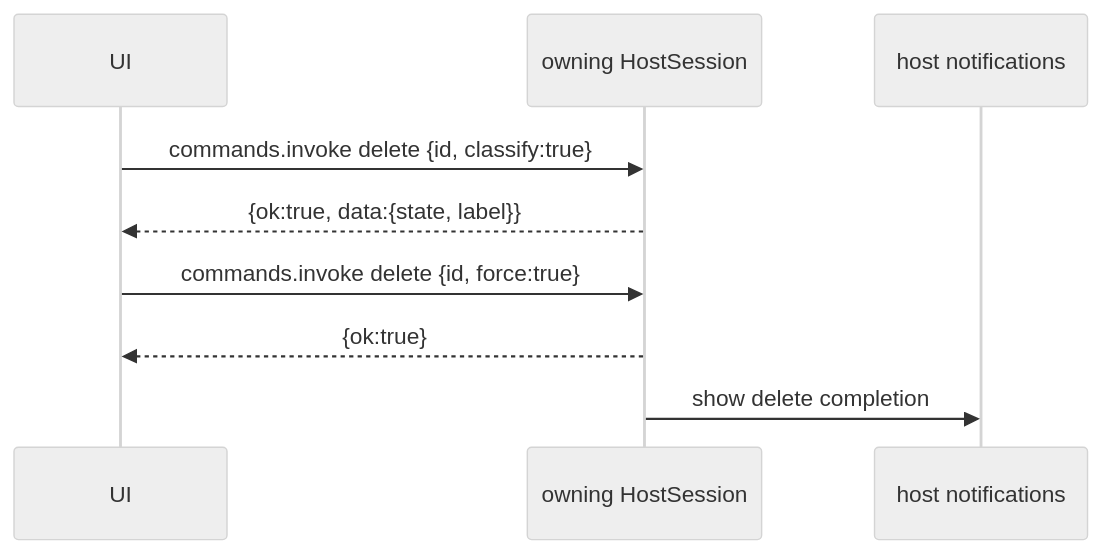
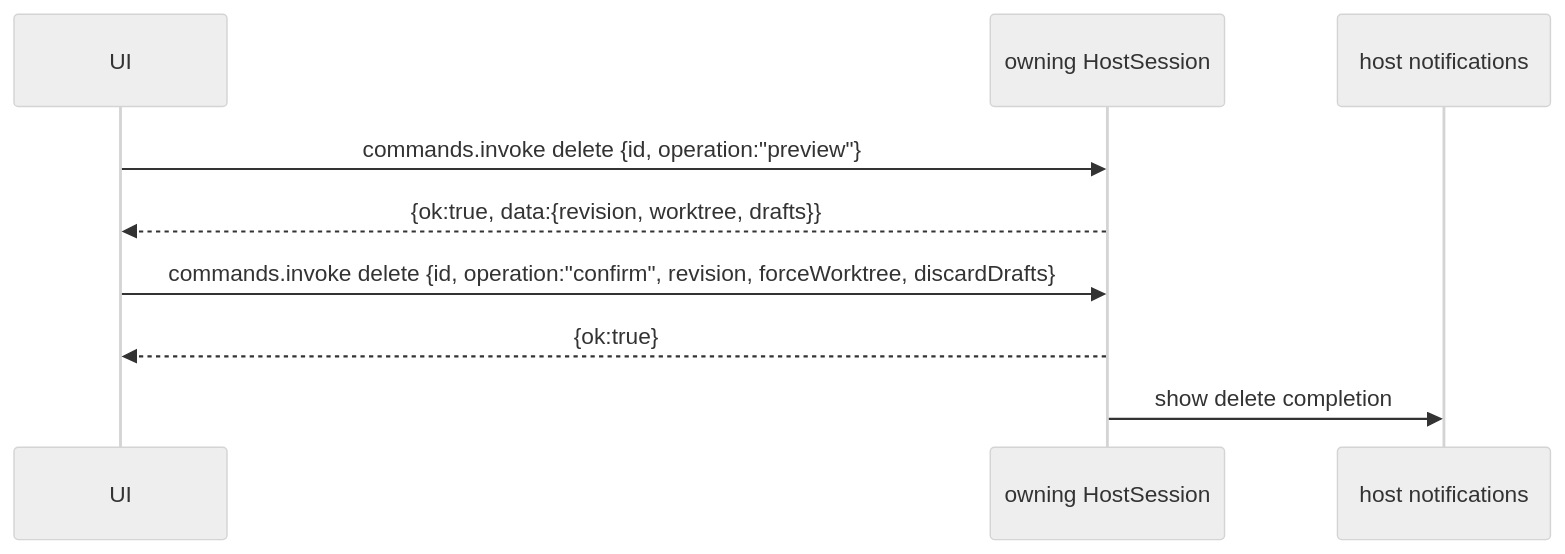
The diagram in docs/specs/command-responses.md (Kapps/weavie), drawn with Mermaid (neutral theme) before and after one commit. The commit also changed 35 other files, not shown here.

````diff
--- a/docs/specs/command-responses.md
+++ b/docs/specs/command-responses.md
@@ -74,11 +74,11 @@
 ```mermaid
 sequenceDiagram
     participant UI
     participant H as owning HostSession
     participant N as host notifications
-    UI->>H: commands.invoke delete {id, classify:true}
-    H-->>UI: {ok:true, data:{state, label}}
-    UI->>H: commands.invoke delete {id, force:true}
+    UI->>H: commands.invoke delete {id, operation:"preview"}
+    H-->>UI: {ok:true, data:{revision, worktree, drafts}}
+    UI->>H: commands.invoke delete {id, operation:"confirm", revision, forceWorktree, discardDrafts}
     H-->>UI: {ok:true}
     H->>N: show delete completion
 ```
````
